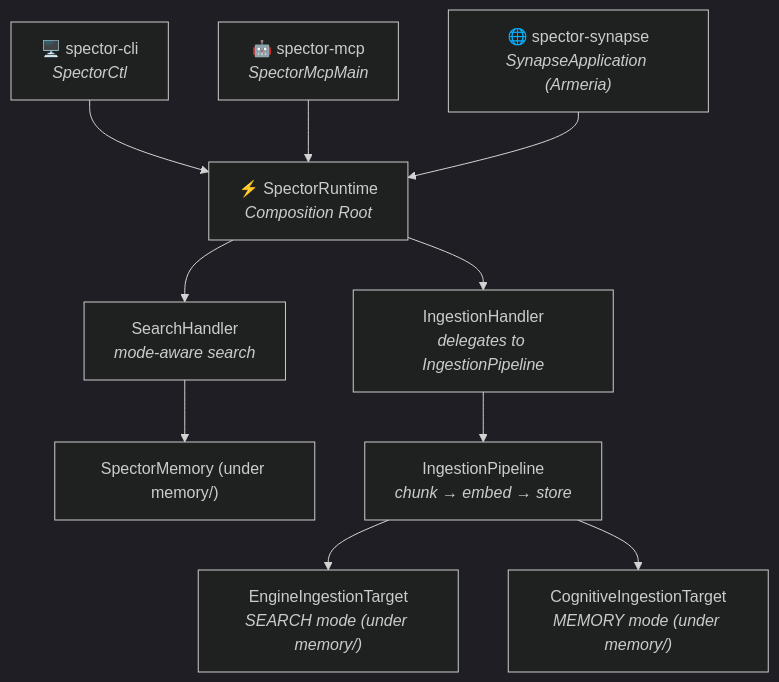
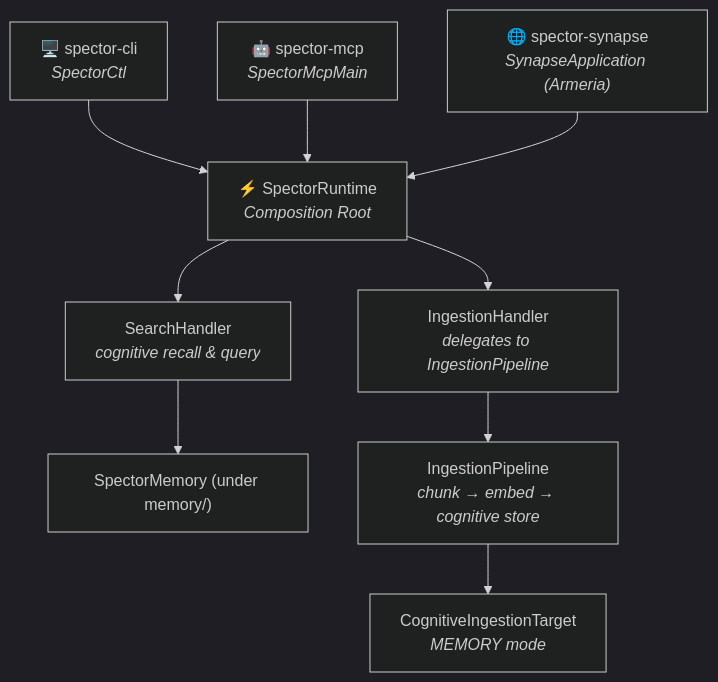
The third of 3 diagrams in docs/docs/modules/index.md (spectrayan/spector), drawn with Mermaid (dark theme) before and after one commit. The commit also changed other lines of this file and 43 other files, not shown here.

First line of the commit message:
docs(architecture): update diagrams, module maps, and guides post storage/query decommissioning (#653)

````diff
--- a/docs/docs/modules/index.md
+++ b/docs/docs/modules/index.md
@@ -127,20 +118,19 @@
 ```mermaid
 graph TD
     cli["🖥️ spector-cli<br/><i>SpectorCtl</i>"]
     mcp["🤖 spector-mcp<br/><i>SpectorMcpMain</i>"]
     synapseapp["🌐 spector-synapse<br/><i>SynapseApplication (Armeria)</i>"]
 
     cli --> runtime
     mcp --> runtime
     synapseapp --> runtime
 
     runtime["⚡ SpectorRuntime<br/><i>Composition Root</i>"]
 
-    runtime --> sh["SearchHandler<br/><i>mode-aware search</i>"]
+    runtime --> sh["SearchHandler<br/><i>cognitive recall & query</i>"]
     runtime --> ih["IngestionHandler<br/><i>delegates to IngestionPipeline</i>"]
 
     sh --> memory["SpectorMemory (under memory/)"]
-    ih --> pipeline["IngestionPipeline<br/><i>chunk → embed → store</i>"]
-    pipeline --> engineTarget["EngineIngestionTarget<br/><i>SEARCH mode (under memory/)</i>"]
-    pipeline --> memTarget["CognitiveIngestionTarget<br/><i>MEMORY mode (under memory/)</i>"]
+    ih --> pipeline["IngestionPipeline<br/><i>chunk → embed → cognitive store</i>"]
+    pipeline --> memTarget["CognitiveIngestionTarget<br/><i>MEMORY mode</i>"]
 ```
````
